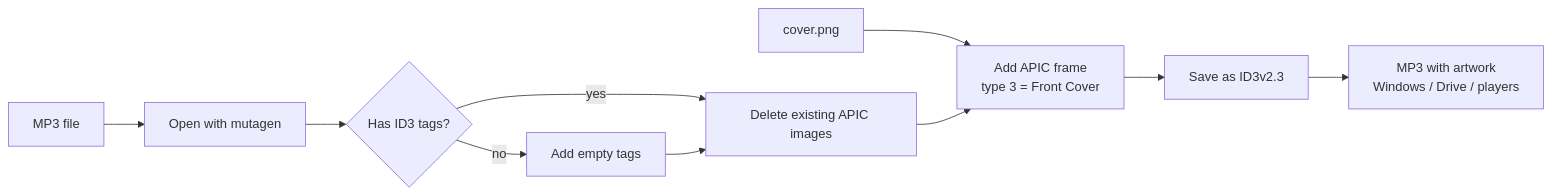
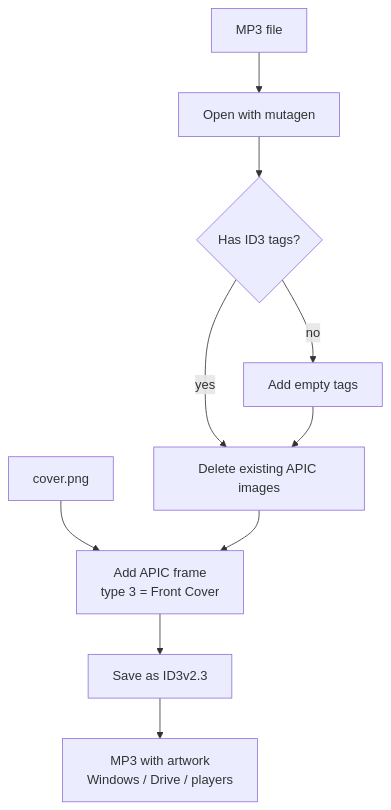
Before and after one commit to loganrosson/music-cover-maker: the diagram in README.md, drawn with Mermaid.

````diff
--- a/README.md
+++ b/README.md
@@ -8,12 +8,12 @@
 ```mermaid
-flowchart LR
+flowchart TD
     A[MP3 file] --> B[Open with mutagen]
     B --> C{Has ID3 tags?}
     C -- no --> D[Add empty tags]
     C -- yes --> E
     D --> E[Delete existing APIC images]
     F[cover.png] --> G[Add APIC frame<br/>type 3 = Front Cover]
     E --> G
     G --> H[Save as ID3v2.3]
     H --> I[MP3 with artwork<br/>Windows / Drive / players]
 ```
````
